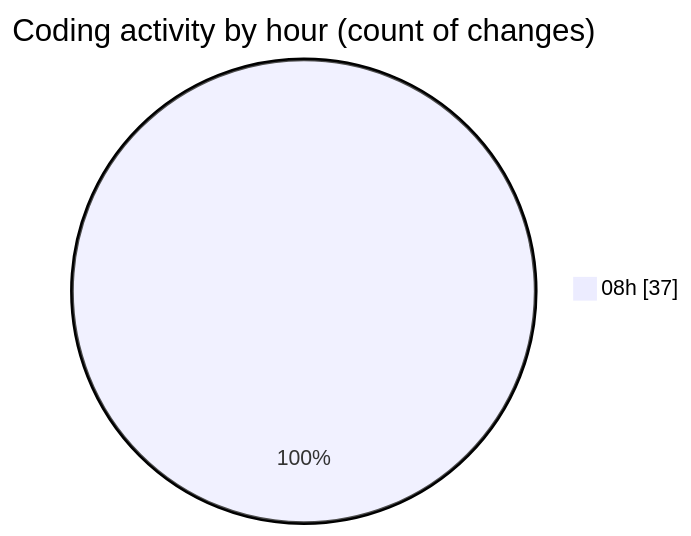
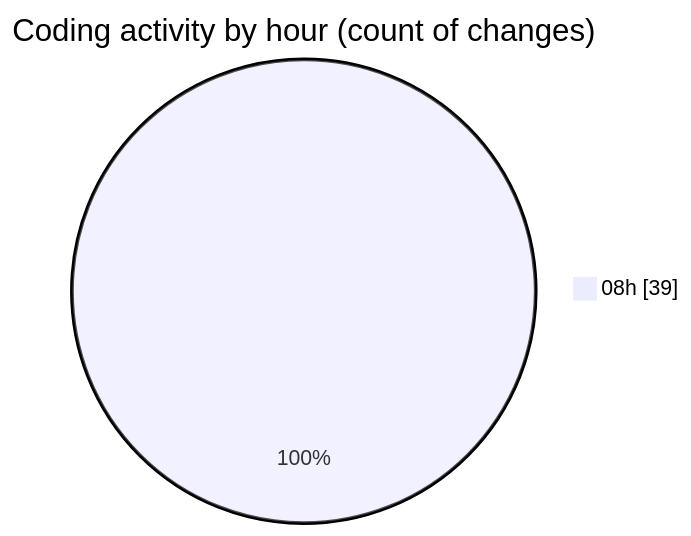
One commit to CELIANVF/code-tracking changed the second of 2 diagrams in 2025-05-16/ecodeli-1/README.md. Above: the diagram before and after it, drawn with Mermaid. The commit also changed other lines of this file and 1 other file, not shown here.

````diff
--- a/2025-05-16/ecodeli-1/README.md
+++ b/2025-05-16/ecodeli-1/README.md
@@ -47,5 +48,5 @@
 ```mermaid
 pie showData
 title Coding activity by hour (count of changes)
-"08h" : 37
+"08h" : 39
 ```
````
